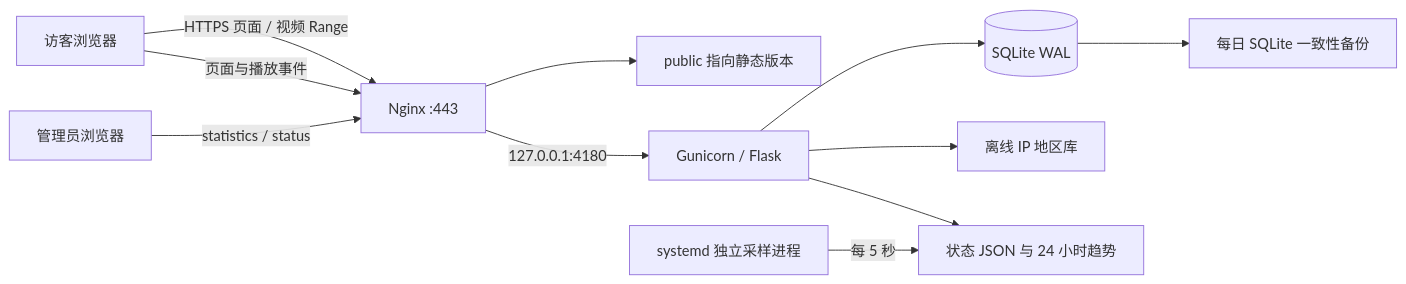
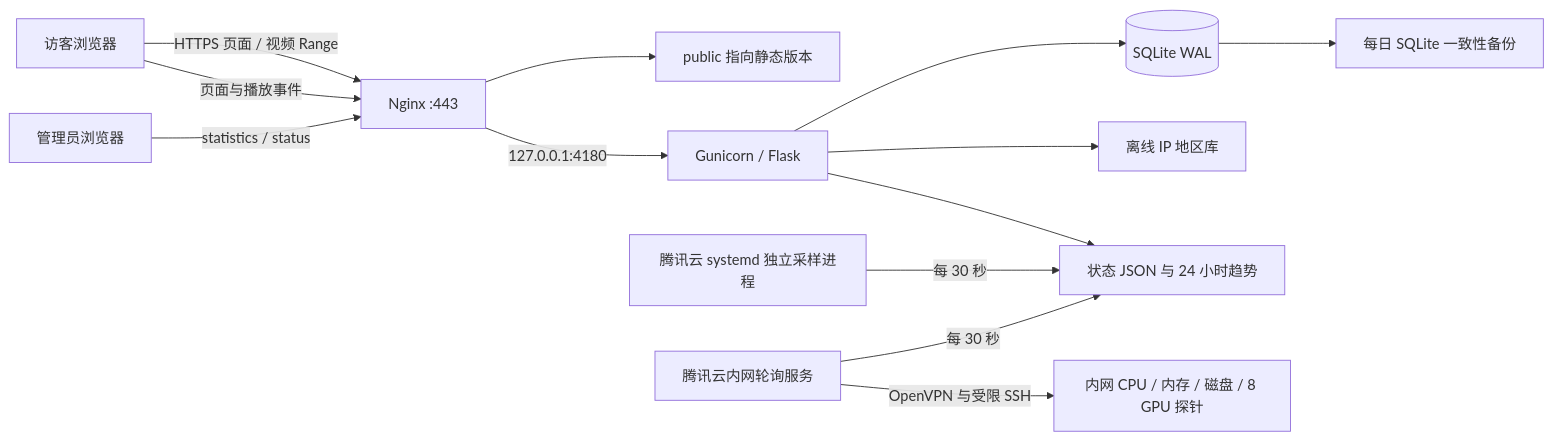
Before and after one commit to adamyjl/gaasd: the diagram in README.md, drawn with Mermaid. The commit also changed other lines of this file and 21 other files, not shown here.

````diff
--- a/README.md
+++ b/README.md
@@ -44,13 +46,15 @@
 ```mermaid
 flowchart LR
   Visitor[访客浏览器] -->|HTTPS 页面 / 视频 Range| Nginx[Nginx :443]
   Visitor -->|页面与播放事件| Nginx
   Admin[管理员浏览器] -->|statistics / status| Nginx
   Nginx --> Static[public 指向静态版本]
   Nginx -->|127.0.0.1:4180| Flask[Gunicorn / Flask]
   Flask --> DB[(SQLite WAL)]
   Flask --> Geo[离线 IP 地区库]
   Flask --> Snapshot[状态 JSON 与 24 小时趋势]
-  Collector[systemd 独立采样进程] -->|每 5 秒| Snapshot
+  Collector[腾讯云 systemd 独立采样进程] -->|每 30 秒| Snapshot
+  Remote[腾讯云内网轮询服务] -->|每 30 秒| Snapshot
+  Remote -->|OpenVPN 与受限 SSH| Probe[内网 CPU / 内存 / 磁盘 / 8 GPU 探针]
   DB --> Backup[每日 SQLite 一致性备份]
 ```
````
